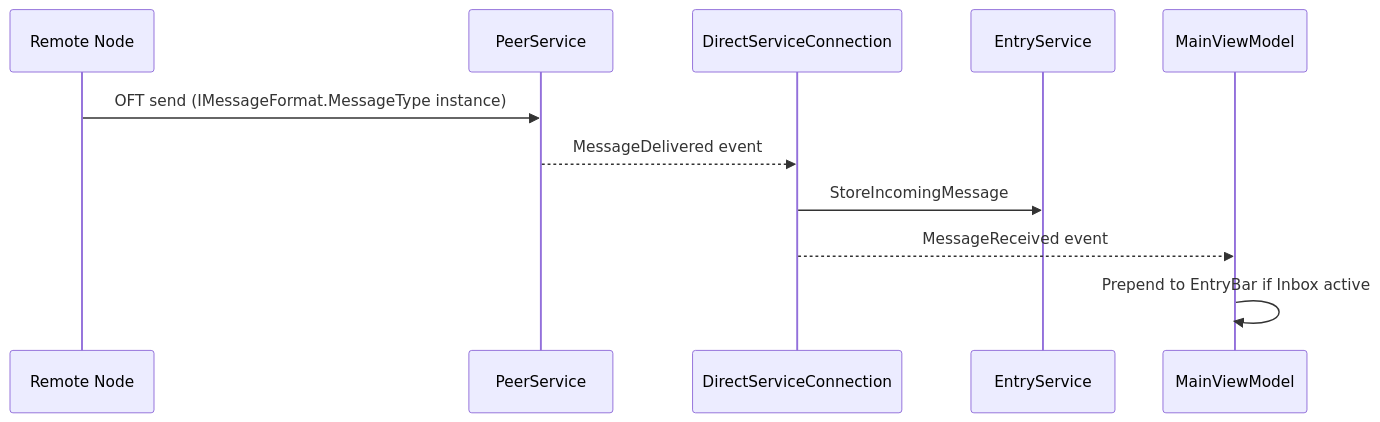
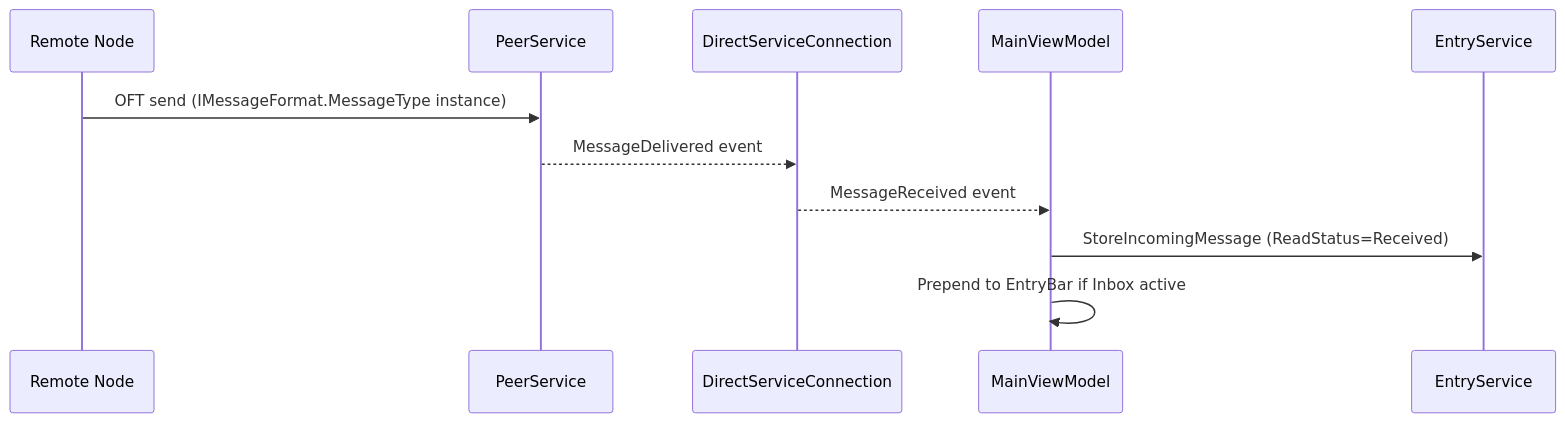
The third of 4 diagrams in Docs/Architecture.md (Blue-Heighliner/Comlink), drawn with Mermaid before and after one commit. The commit also changed other lines of this file and 101 other files, not shown here.

````diff
--- a/Docs/Architecture.md
+++ b/Docs/Architecture.md
@@ -77,13 +77,13 @@
 ```mermaid
 sequenceDiagram
     participant RN as Remote Node
     participant PS as PeerService
     participant DSC as DirectServiceConnection
+    participant MVM as MainViewModel
     participant ES as EntryService
-    participant MVM as MainViewModel
     RN->>PS: OFT send (IMessageFormat.MessageType instance)
     PS-->>DSC: MessageDelivered event
-    DSC->>ES: StoreIncomingMessage
     DSC-->>MVM: MessageReceived event
+    MVM->>ES: StoreIncomingMessage (ReadStatus=Received)
     MVM->>MVM: Prepend to EntryBar if Inbox active
 ```
````
